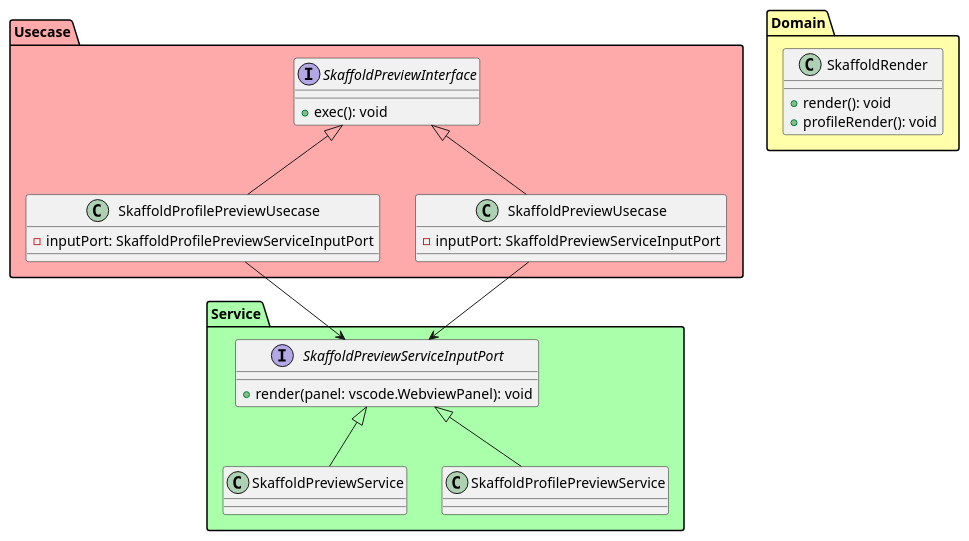
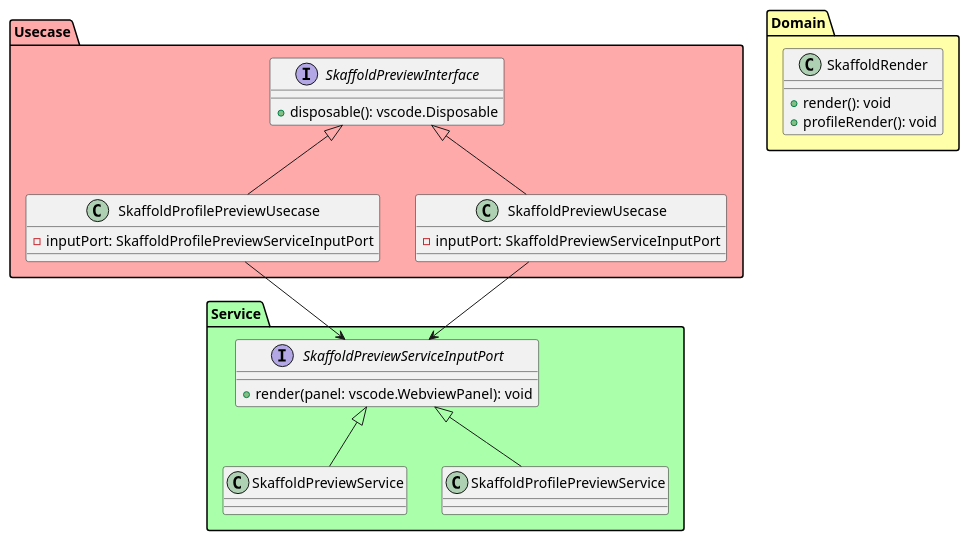
One commit to maaaashi/skaffold-preview changed the diagram in docs/class.pu. Above: the diagram before and after it, drawn with PlantUML.

Commit message:
:octocat: wip :octocat:

```diff
--- a/docs/class.pu
+++ b/docs/class.pu
@@ -1,47 +1,47 @@
 @startuml
 
 package Usecase #FFAAAA {
   interface SkaffoldPreviewInterface {
-    + exec(): void
+    + disposable(): vscode.Disposable
   }
 
   class SkaffoldPreviewUsecase {
     - inputPort: SkaffoldPreviewServiceInputPort
   }
 
   class SkaffoldProfilePreviewUsecase {
     - inputPort: SkaffoldProfilePreviewServiceInputPort
   }
 
   SkaffoldPreviewInterface <|-down- SkaffoldPreviewUsecase
   SkaffoldPreviewInterface <|-down- SkaffoldProfilePreviewUsecase
 }
 
 package Service #AAFFAA {
   interface SkaffoldPreviewServiceInputPort {
     + render(panel: vscode.WebviewPanel): void
   }
 
   class SkaffoldPreviewService {
   }
 
   SkaffoldPreviewServiceInputPort <-up- SkaffoldPreviewUsecase
   SkaffoldPreviewServiceInputPort <|-down- SkaffoldPreviewService
 
   class SkaffoldProfilePreviewService {
 
   }
 
   SkaffoldPreviewServiceInputPort <-up- SkaffoldProfilePreviewUsecase
   SkaffoldPreviewServiceInputPort <|-down- SkaffoldProfilePreviewService
 }
 
 package Domain #FFFFAA {
   class SkaffoldRender {
     + render(): void
     + profileRender(): void
   }
 
 }
 
 @enduml
```
